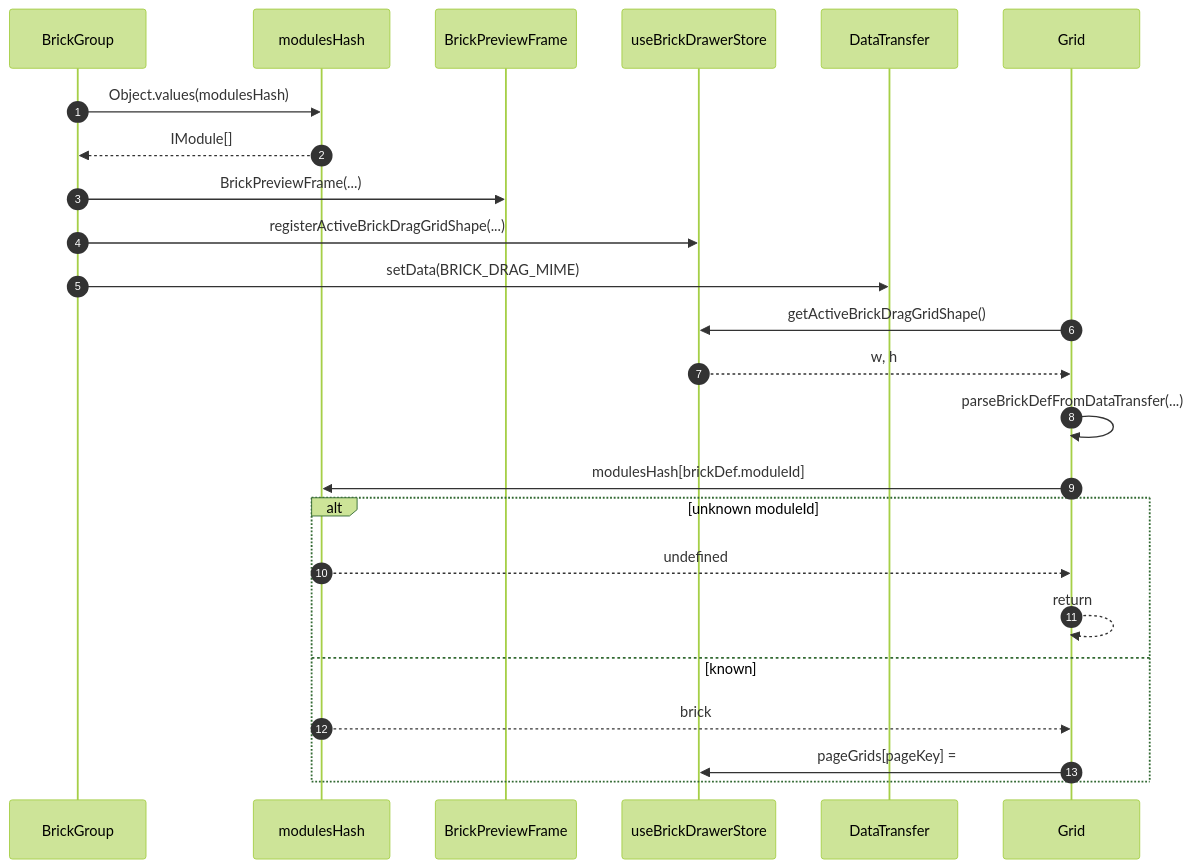
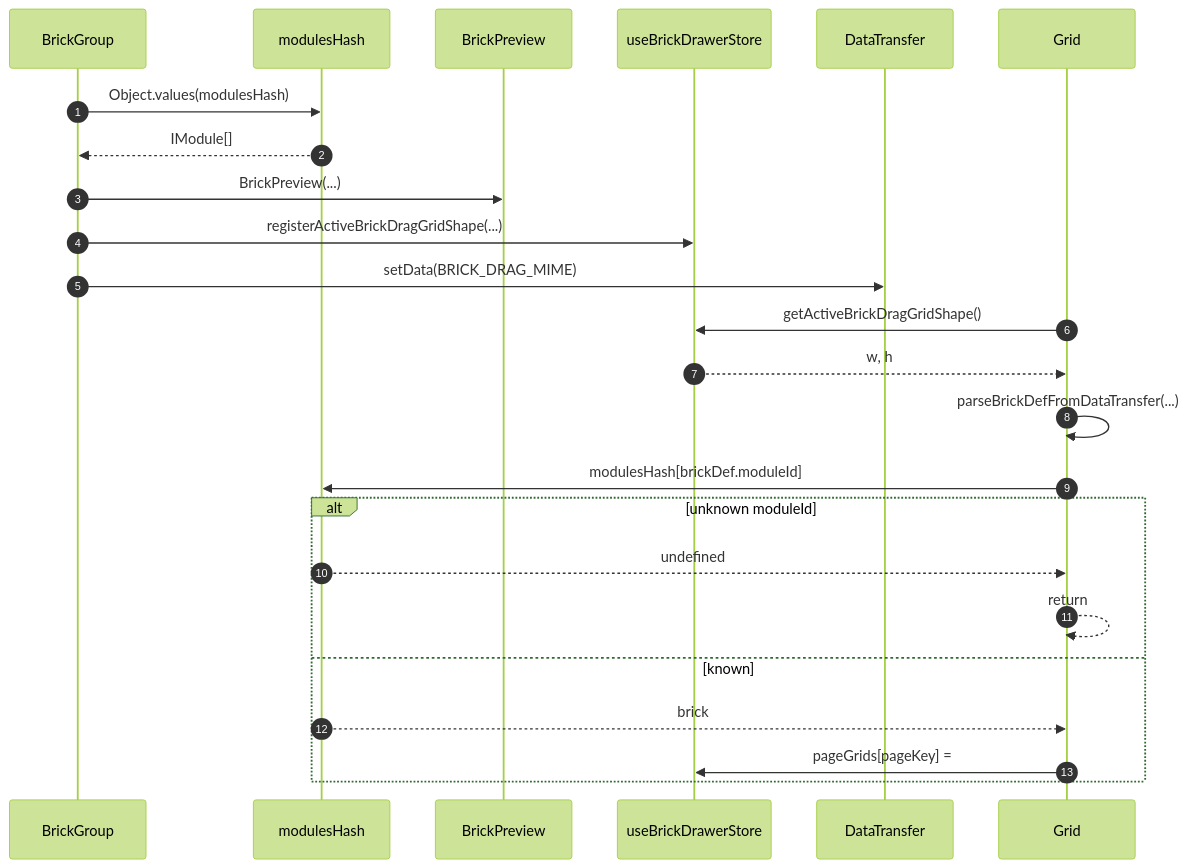
Before and after one commit to morgs32/qrk.sh: the diagram in wiki/architecture/browser/SiteEditorBrickDrop.md, drawn with Mermaid (forest theme). The commit also changed other lines of this file and 38 other files, not shown here.

````diff
--- a/wiki/architecture/browser/SiteEditorBrickDrop.md
+++ b/wiki/architecture/browser/SiteEditorBrickDrop.md
@@ -37,39 +31,39 @@
 ```mermaid
 sequenceDiagram
   participant BrickGroup
   participant modulesHash
-  participant BrickPreviewFrame
+  participant BrickPreview
   participant useBrickDrawerStore
   participant DataTransfer
   participant Grid
 
   autonumber 1
   BrickGroup->>modulesHash: Object.values(modulesHash)
   autonumber 2
   modulesHash-->>BrickGroup: IModule[]
   autonumber 3
-  BrickGroup->>BrickPreviewFrame: BrickPreviewFrame(...)
+  BrickGroup->>BrickPreview: BrickPreview(...)
   autonumber 4
   BrickGroup->>useBrickDrawerStore: registerActiveBrickDragGridShape(...)
   autonumber 5
   BrickGroup->>DataTransfer: setData(BRICK_DRAG_MIME)
   autonumber 6
   Grid->>useBrickDrawerStore: getActiveBrickDragGridShape()
   autonumber 7
   useBrickDrawerStore-->>Grid: w, h
   autonumber 8
   Grid->>Grid: parseBrickDefFromDataTransfer(...)
   autonumber 9
   Grid->>modulesHash: modulesHash[brickDef.moduleId]
   alt unknown moduleId
     autonumber 10
     modulesHash-->>Grid: undefined
     autonumber 11
     Grid-->>Grid: return
   else known
     autonumber 12
     modulesHash-->>Grid: brick
     autonumber 13
     Grid->>useBrickDrawerStore: pageGrids[pageKey] =
   end
 ```
````
